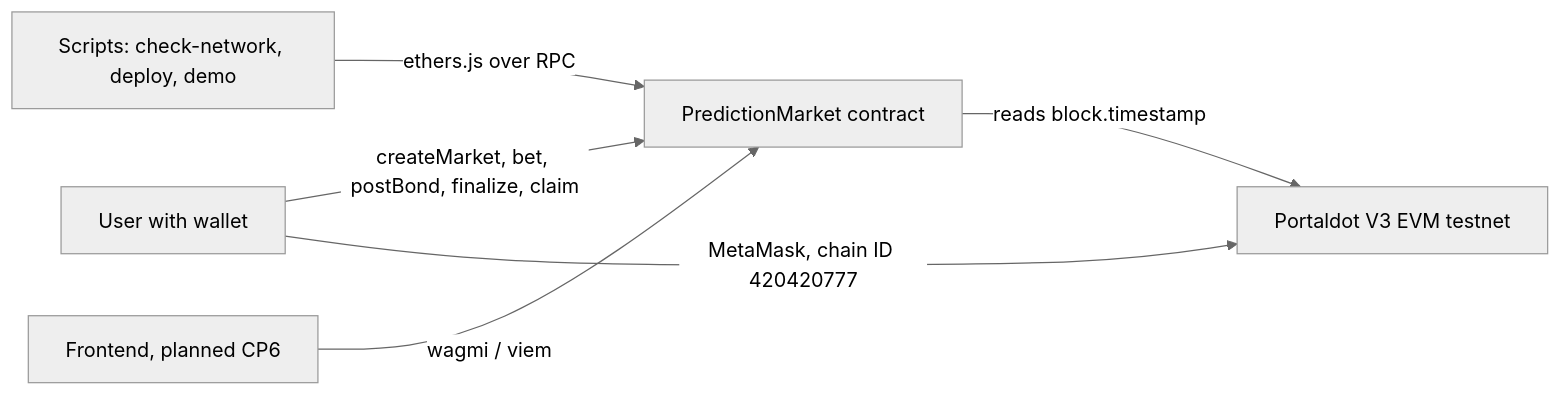
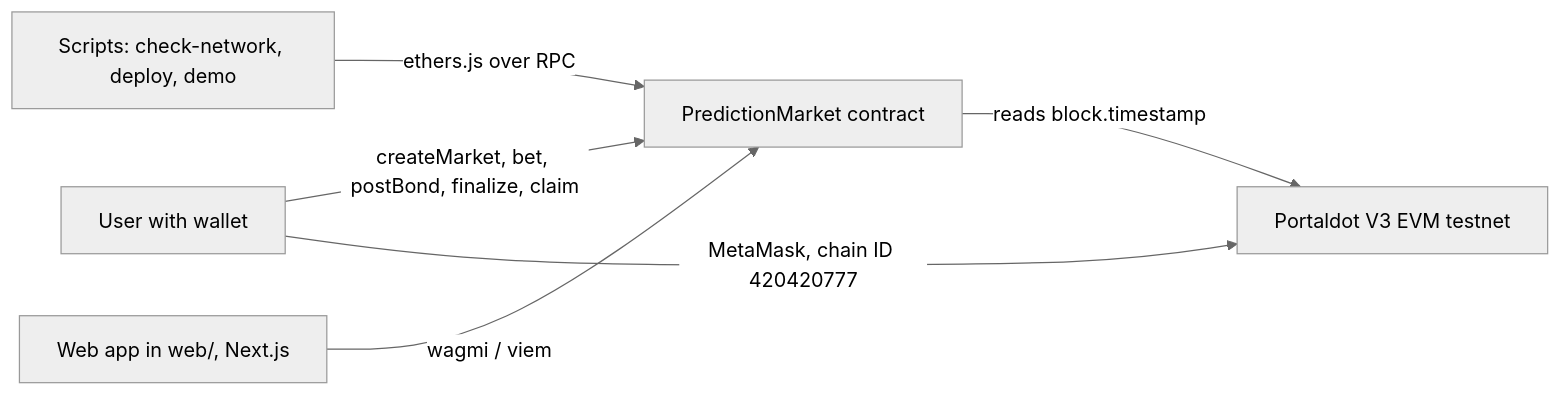
The first of 3 diagrams in docs/architecture.md (QuyTu9868/bond-market-portaldot), drawn with Mermaid (neutral theme) before and after one commit. The commit also changed other lines of this file and 19 other files, not shown here.

First line of the commit message:
CP6: minimal web app (Next.js + wagmi) with e2e test

````diff
--- a/docs/architecture.md
+++ b/docs/architecture.md
@@ -7,8 +7,8 @@
 ```mermaid
 flowchart LR
     U[User with wallet] -->|createMarket, bet, postBond, finalize, claim| M[PredictionMarket contract]
     S[Scripts: check-network, deploy, demo] -->|ethers.js over RPC| M
-    F[Frontend, planned CP6] -->|wagmi / viem| M
+    F[Web app in web/, Next.js] -->|wagmi / viem| M
     M -->|reads block.timestamp| C[Portaldot V3 EVM testnet]
     U -->|MetaMask, chain ID 420420777| C
 ```
````
